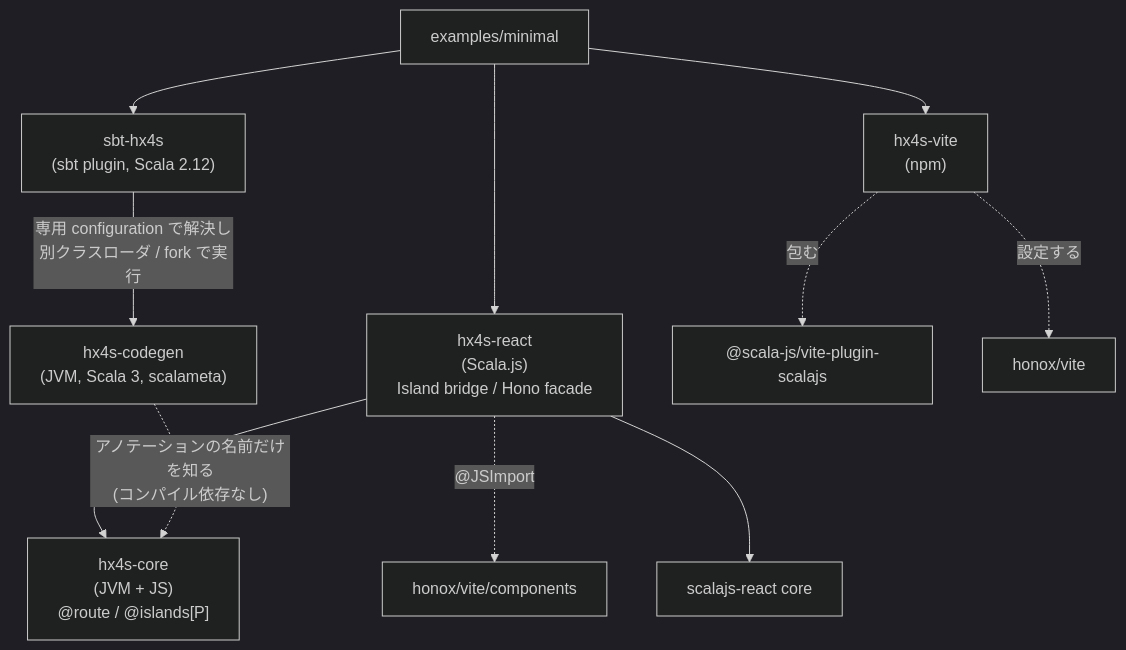
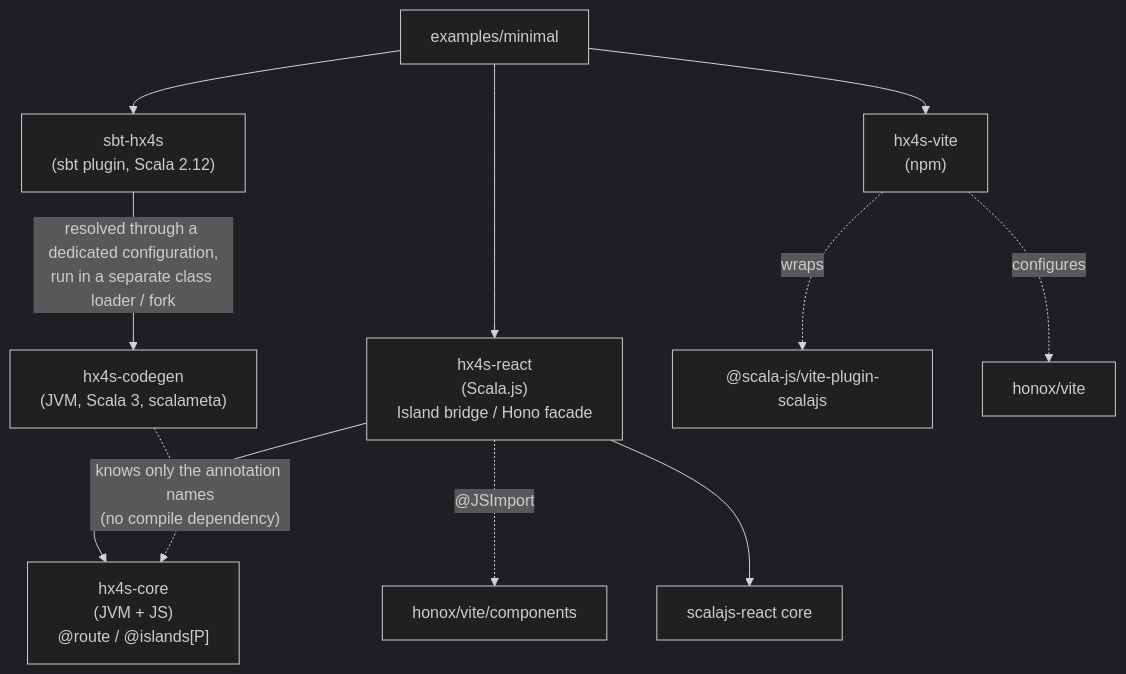
Before and after one commit to MontereyLangit/hx4s: the second of 2 diagrams in docs/hx4s/architecture.md, drawn with Mermaid (dark theme). The commit also changed other lines of this file and 169 other files, not shown here.

````diff
--- a/docs/hx4s/architecture.md
+++ b/docs/hx4s/architecture.md
@@ -160,19 +160,19 @@
 ```mermaid
 flowchart TB
   core["hx4s-core<br/>(JVM + JS)<br/>@route / @islands[P]"]
   react["hx4s-react<br/>(Scala.js)<br/>Island bridge / Hono facade"]
   codegen["hx4s-codegen<br/>(JVM, Scala 3, scalameta)"]
   sbtp["sbt-hx4s<br/>(sbt plugin, Scala 2.12)"]
   vite["hx4s-vite<br/>(npm)"]
   ex["examples/minimal"]
   react --> core
-  codegen -. "アノテーションの名前だけを知る<br/>(コンパイル依存なし)" .-> core
-  sbtp -- "専用 configuration で解決し<br/>別クラスローダ / fork で実行" --> codegen
+  codegen -. "knows only the annotation names<br/>(no compile dependency)" .-> core
+  sbtp -- "resolved through a dedicated configuration,<br/>run in a separate class loader / fork" --> codegen
   ex --> react
   ex --> sbtp
   ex --> vite
-  vite -. "包む" .-> svp["@scala-js/vite-plugin-scalajs"]
-  vite -. "設定する" .-> honox["honox/vite"]
+  vite -. "wraps" .-> svp["@scala-js/vite-plugin-scalajs"]
+  vite -. "configures" .-> honox["honox/vite"]
   react -. "@JSImport" .-> honoxc["honox/vite/components"]
   react --> sjr["scalajs-react core"]
 ```
````
